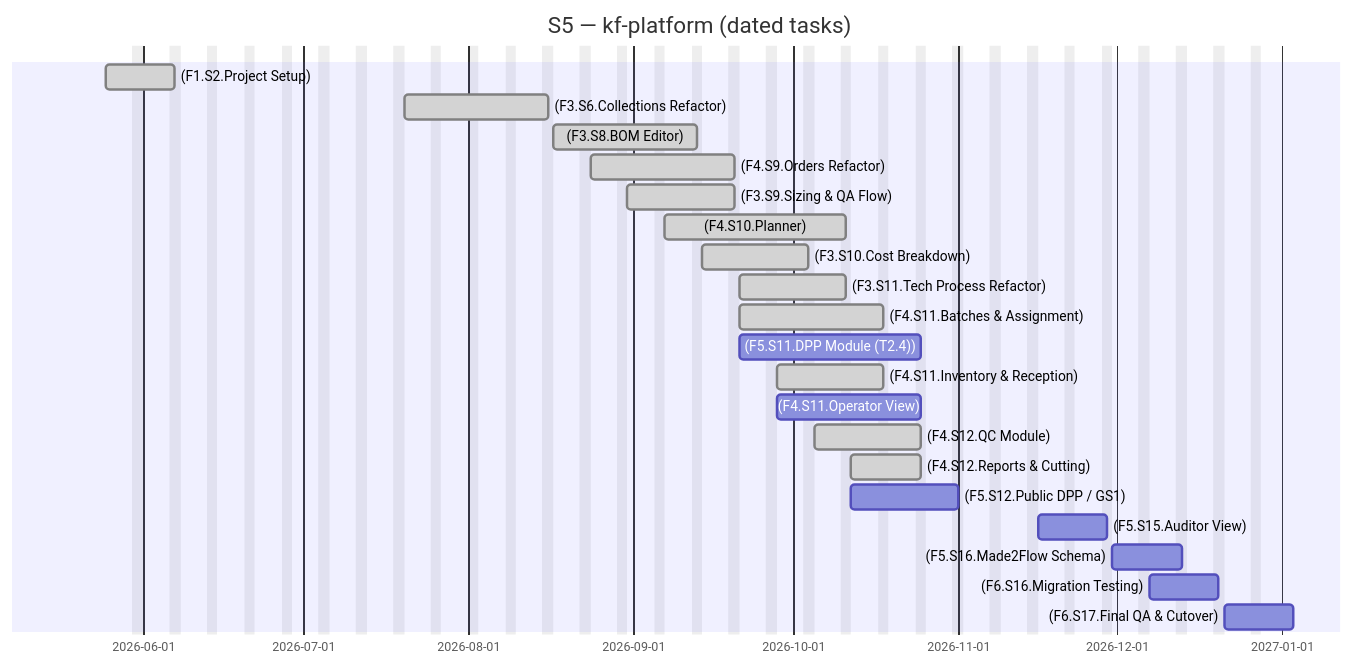
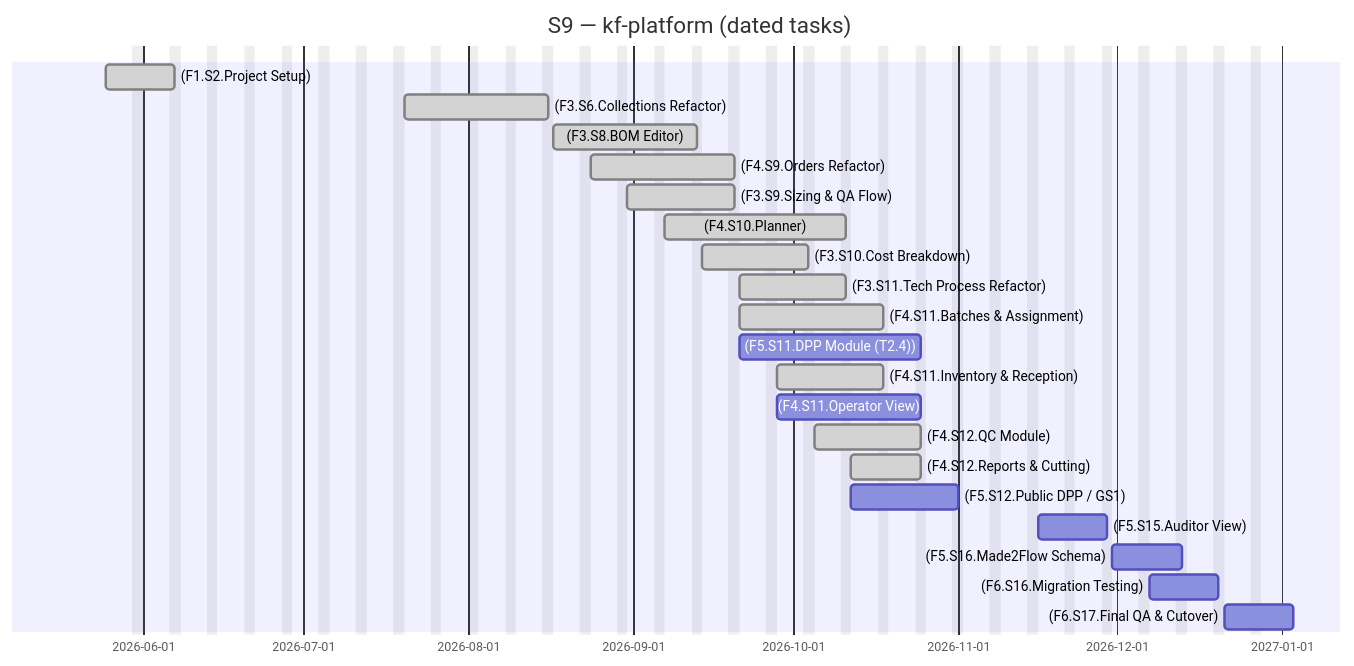
Before and after one commit to Katty-Fashion/kf-cpto: the second of 2 diagrams in docs/_projects/kf-platform.md, drawn with Mermaid. The commit also changed other lines of this file and 56 other files, not shown here.

````diff
--- a/docs/_projects/kf-platform.md
+++ b/docs/_projects/kf-platform.md
@@ -94,26 +97,26 @@
 ```mermaid
 gantt
-    title S5 — kf-platform (dated tasks)
+    title S9 — kf-platform (dated tasks)
     dateFormat YYYY-MM-DD
     excludes weekends
 
     (F1.S2.Project Setup) :done, 2026-05-25, 2026-06-07
     (F3.S6.Collections Refactor) :done, 2026-07-20, 2026-08-16
     (F3.S8.BOM Editor) :done, 2026-08-17, 2026-09-13
     (F4.S9.Orders Refactor) :done, 2026-08-24, 2026-09-20
     (F3.S9.Sizing & QA Flow) :done, 2026-08-31, 2026-09-20
     (F4.S10.Planner) :done, 2026-09-07, 2026-10-11
     (F3.S10.Cost Breakdown) :done, 2026-09-14, 2026-10-04
     (F3.S11.Tech Process Refactor) :done, 2026-09-21, 2026-10-11
     (F4.S11.Batches & Assignment) :done, 2026-09-21, 2026-10-18
     (F5.S11.DPP Module (T2.4)) :2026-09-21, 2026-10-25
     (F4.S11.Inventory & Reception) :done, 2026-09-28, 2026-10-18
     (F4.S11.Operator View) :2026-09-28, 2026-10-25
     (F4.S12.QC Module) :done, 2026-10-05, 2026-10-25
     (F4.S12.Reports & Cutting) :done, 2026-10-12, 2026-10-25
     (F5.S12.Public DPP / GS1) :2026-10-12, 2026-11-01
     (F5.S15.Auditor View) :2026-11-16, 2026-11-29
     (F5.S16.Made2Flow Schema) :2026-11-30, 2026-12-13
     (F6.S16.Migration Testing) :2026-12-07, 2026-12-20
     (F6.S17.Final QA & Cutover) :2026-12-21, 2027-01-03
 ```
````
